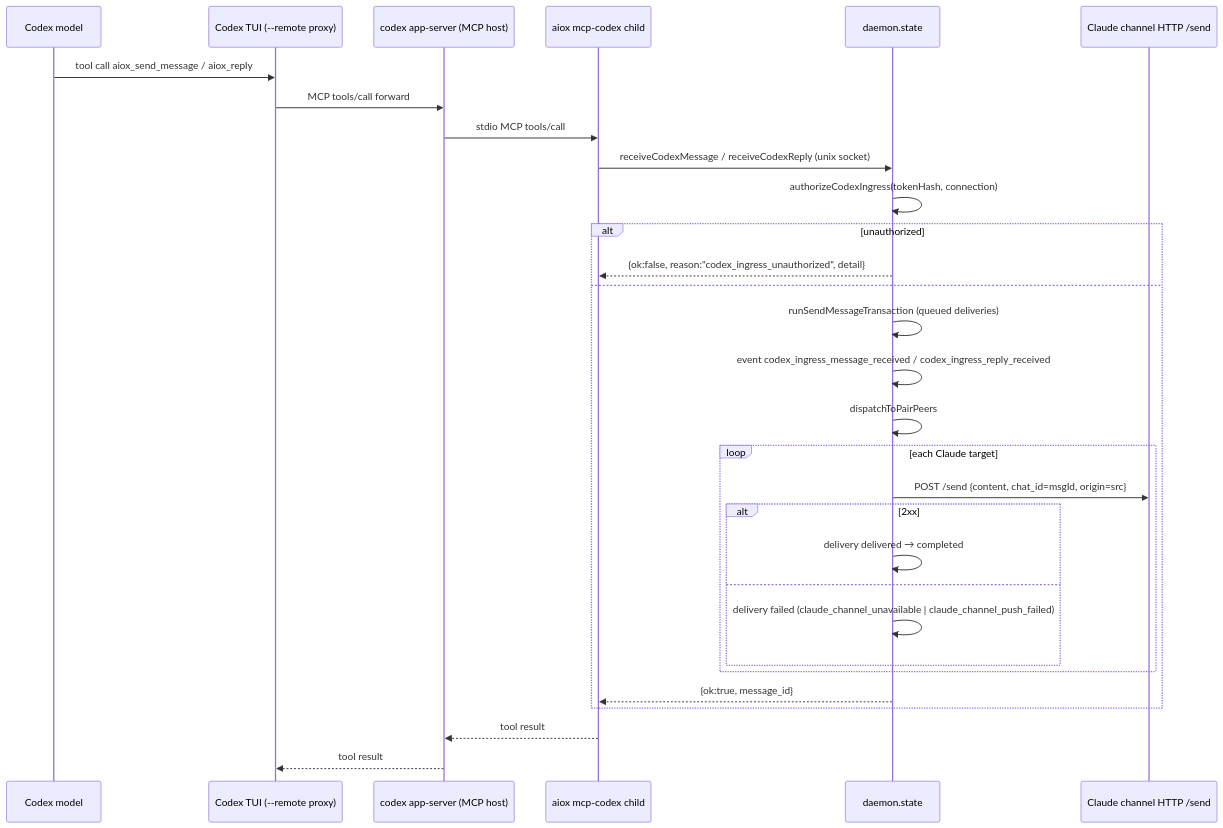
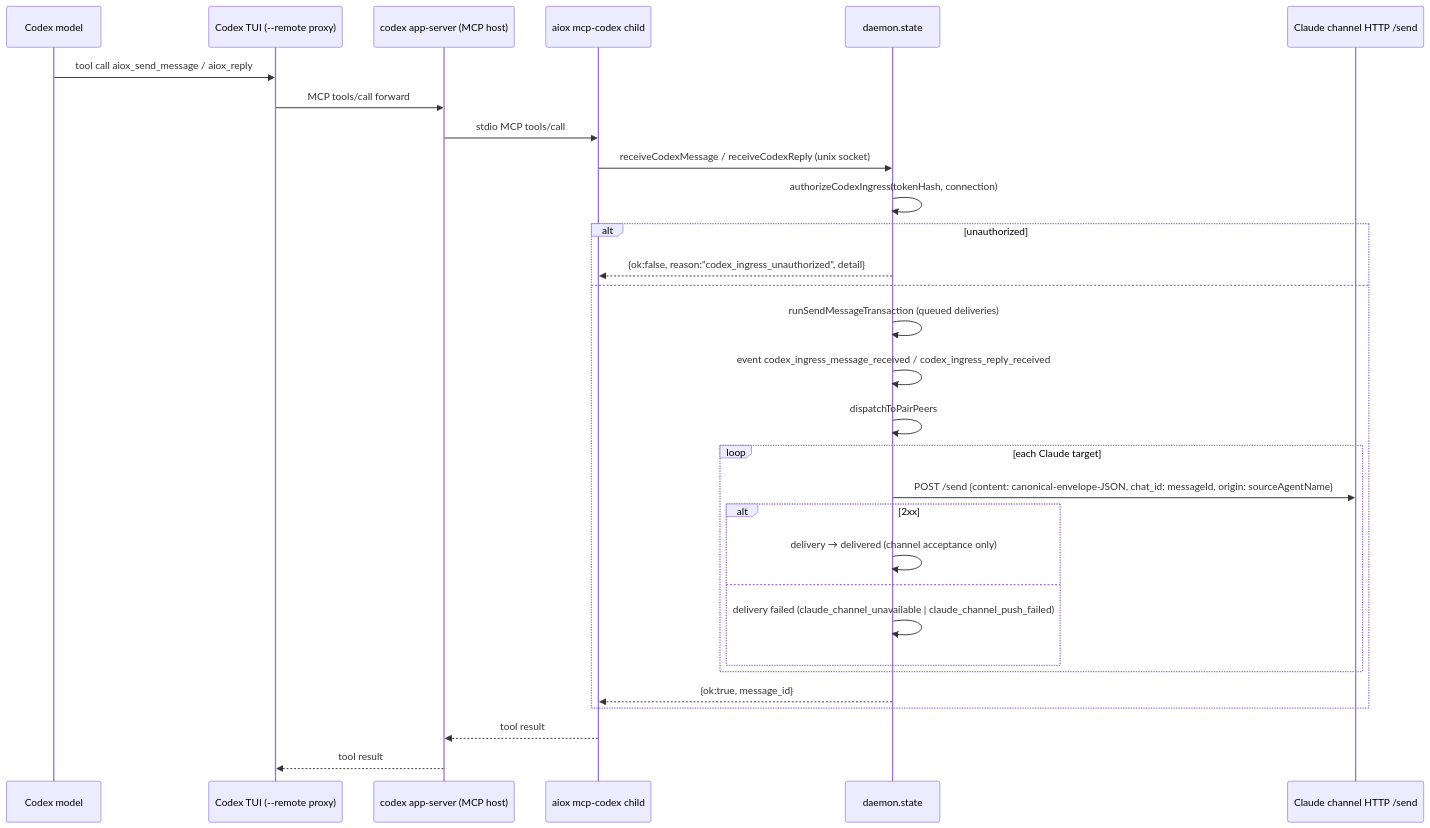
The diagram in docs/architecture/local-runtime-codex-adapter.md (lunaxislu/Aiox), drawn with Mermaid before and after one commit. The commit also changed other lines of this file and 102 other files, not shown here.

````diff
--- a/docs/architecture/local-runtime-codex-adapter.md
+++ b/docs/architecture/local-runtime-codex-adapter.md
@@ -300,33 +313,33 @@
 ```mermaid
 sequenceDiagram
   participant Codex as Codex model
   participant TUI as Codex TUI (--remote proxy)
   participant AppSrv as codex app-server (MCP host)
   participant MCP as aiox mcp-codex child
   participant D as daemon.state
   participant ClChan as Claude channel HTTP /send
 
   Codex->>TUI: tool call aiox_send_message / aiox_reply
   TUI->>AppSrv: MCP tools/call forward
   AppSrv->>MCP: stdio MCP tools/call
   MCP->>D: receiveCodexMessage / receiveCodexReply (unix socket)
   D->>D: authorizeCodexIngress(tokenHash, connection)
   alt unauthorized
     D-->>MCP: {ok:false, reason:"codex_ingress_unauthorized", detail}
   else
     D->>D: runSendMessageTransaction (queued deliveries)
     D->>D: event codex_ingress_message_received / codex_ingress_reply_received
     D->>D: dispatchToPairPeers
     loop each Claude target
-      D->>ClChan: POST /send {content, chat_id=msgId, origin=src}
+      D->>ClChan: POST /send {content: canonical-envelope-JSON, chat_id: messageId, origin: sourceAgentName}
       alt 2xx
-        D->>D: delivery delivered → completed
+        D->>D: delivery → delivered (channel acceptance only)
       else
         D->>D: delivery failed (claude_channel_unavailable | claude_channel_push_failed)
       end
     end
     D-->>MCP: {ok:true, message_id}
   end
   MCP-->>AppSrv: tool result
   AppSrv-->>TUI: tool result
 ```
````
